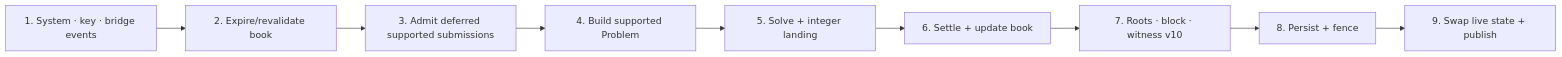
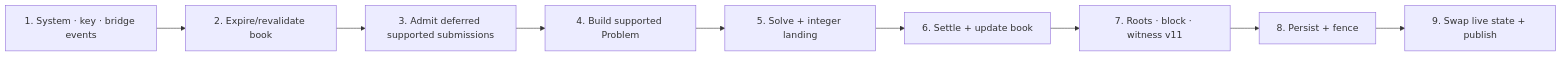
The diagram in docs/architecture/03-sequencing/Block Lifecycle.md (MetaB0y/sybil), drawn with Mermaid before and after one commit. The commit also changed other lines of this file and 289 other files, not shown here.

````diff
--- a/docs/architecture/03-sequencing/Block Lifecycle.md
+++ b/docs/architecture/03-sequencing/Block Lifecycle.md
@@ -14,11 +14,11 @@
 ```mermaid
 flowchart LR
     EVENTS["1. System · key · bridge events"] --> BOOK["2. Expire/revalidate book"]
     BOOK --> ADMIT["3. Admit deferred supported submissions"]
     ADMIT --> PROBLEM["4. Build supported Problem"]
     PROBLEM --> SOLVE["5. Solve + integer landing"]
     SOLVE --> SETTLE["6. Settle + update book"]
-    SETTLE --> SEAL["7. Roots · block · witness v10"]
+    SETTLE --> SEAL["7. Roots · block · witness v11"]
     SEAL --> PERSIST["8. Persist + fence"]
     PERSIST --> COMMIT["9. Swap live state + publish"]
 ```
````
